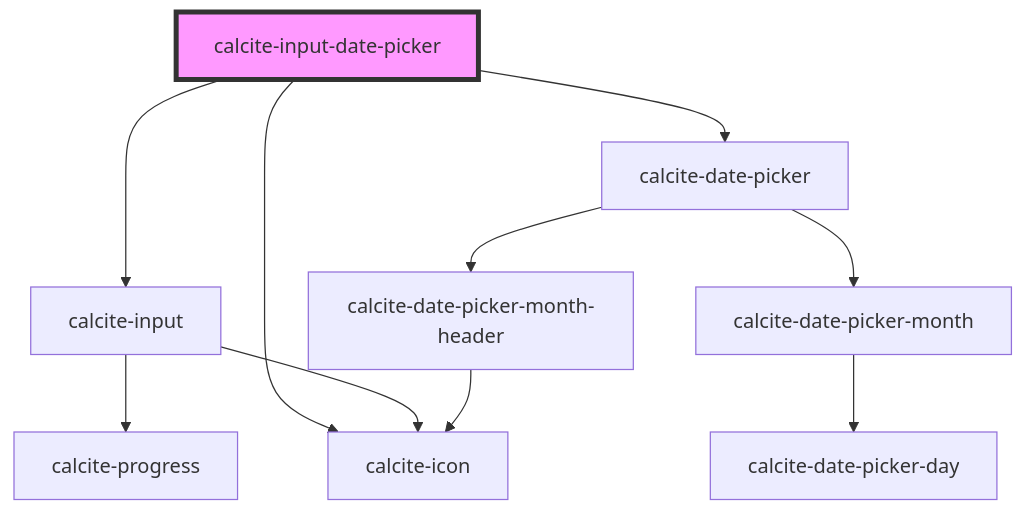
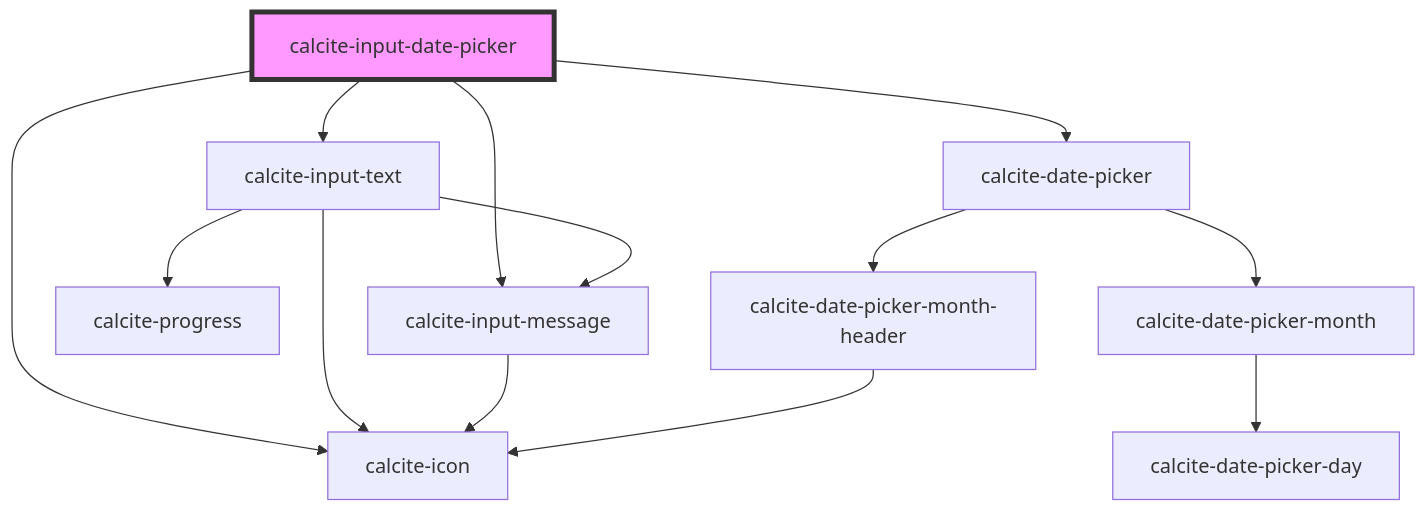
The diagram in packages/calcite-components/src/components/input-date-picker/readme.md (vikivakarvc/calcite-design-system), drawn with Mermaid before and after one commit. The commit also changed other lines of this file and 64 other files, not shown here.

````diff
--- a/packages/calcite-components/src/components/input-date-picker/readme.md
+++ b/packages/calcite-components/src/components/input-date-picker/readme.md
@@ -95,13 +105,16 @@
 ```mermaid
 graph TD;
-  calcite-input-date-picker --> calcite-input
+  calcite-input-date-picker --> calcite-input-text
   calcite-input-date-picker --> calcite-date-picker
   calcite-input-date-picker --> calcite-icon
-  calcite-input --> calcite-progress
-  calcite-input --> calcite-icon
+  calcite-input-date-picker --> calcite-input-message
+  calcite-input-text --> calcite-progress
+  calcite-input-text --> calcite-icon
+  calcite-input-text --> calcite-input-message
+  calcite-input-message --> calcite-icon
   calcite-date-picker --> calcite-date-picker-month-header
   calcite-date-picker --> calcite-date-picker-month
   calcite-date-picker-month-header --> calcite-icon
   calcite-date-picker-month --> calcite-date-picker-day
   style calcite-input-date-picker fill:#f9f,stroke:#333,stroke-width:4px
 ```
````
